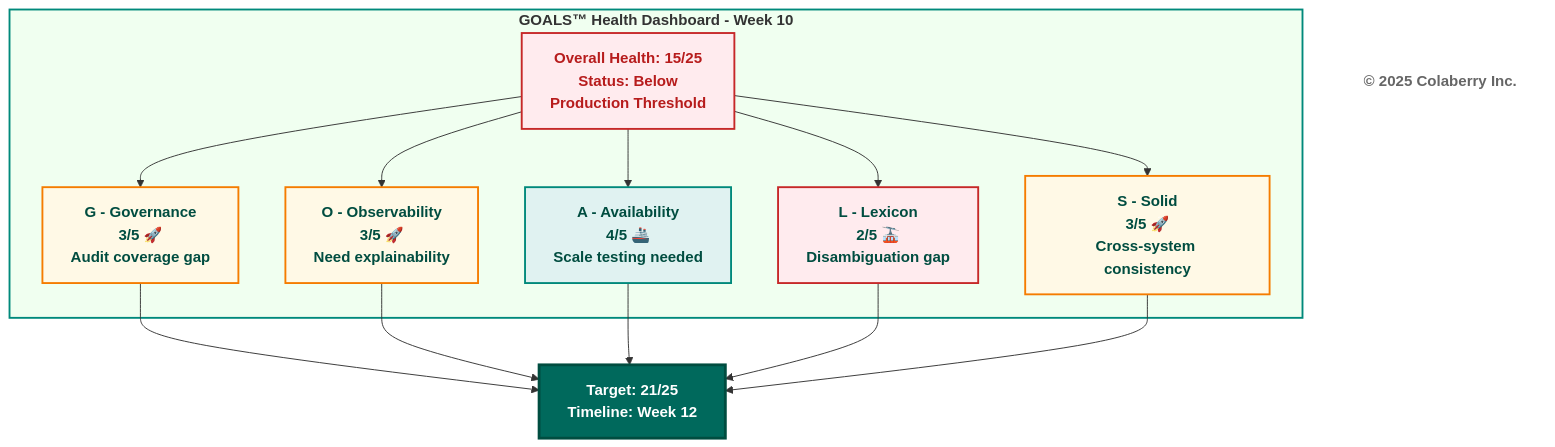
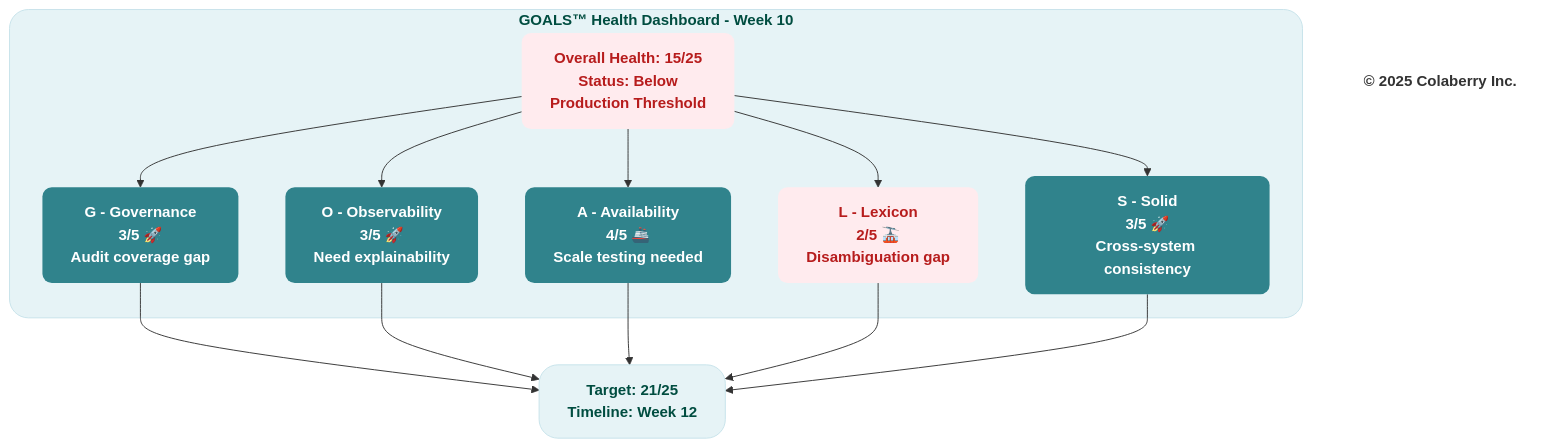
One commit to saitejesh-cyber/trust-before-intelligence-book changed the fourth of 14 diagrams in manuscript/08_chapter_7_goals_framework.md. Above: the diagram before and after it, drawn with Mermaid. The commit also changed other lines of this file and 7 other files, not shown here.

Commit message:
Chapter 6to13: Updated mermaid diagrams based on new colaberry color code

````diff
--- a/manuscript/08_chapter_7_goals_framework.md
+++ b/manuscript/08_chapter_7_goals_framework.md
@@ -364,38 +364,38 @@
 ```mermaid
 graph TB
     subgraph DASHBOARD["<b>GOALS™ Health Dashboard - Week 10</b>"]
         TITLE["<b>Overall Health: 15/25</b><br/><b>Status: Below <br/>Production Threshold</b>"]
         
         G["<b>G - Governance</b><br/><b>3/5 🚀</b><br/><b>Audit coverage gap</b>"]
         O["<b>O - Observability</b><br/><b>3/5 🚀</b><br/><b>Need explainability</b>"]
         A["<b>A - Availability</b><br/><b>4/5 🚢</b><br/><b>Scale testing needed</b>"]
         L["<b>L - Lexicon</b><br/><b>2/5 🚠</b><br/><b>Disambiguation gap</b>"]
         S["<b>S - Solid</b><br/><b>3/5 🚀</b><br/><b>Cross-system consistency</b>"]
     end
     
     TITLE --> G
     TITLE --> O
     TITLE --> A
     TITLE --> L
     TITLE --> S
     
     TARGET["<b>Target: 21/25</b><br/><b>Timeline: Week 12</b>"]
     
     G --> TARGET
     O --> TARGET
     A --> TARGET
     L --> TARGET
     S --> TARGET
     
-    style DASHBOARD fill:#f0fff0,stroke:#00897b,stroke-width:2px
-    style TITLE fill:#ffebee,stroke:#c62828,stroke-width:2px,color:#b71c1c
-    style G fill:#fff9e6,stroke:#f57c00,stroke-width:2px,color:#004d40
-    style O fill:#fff9e6,stroke:#f57c00,stroke-width:2px,color:#004d40
-    style A fill:#e0f2f1,stroke:#00897b,stroke-width:2px,color:#004d40
-    style L fill:#ffebee,stroke:#c62828,stroke-width:2px,color:#004d40
-    style S fill:#fff9e6,stroke:#f57c00,stroke-width:2px,color:#004d40
-    style TARGET fill:#00695c,color:#ffffff,stroke:#004d40,stroke-width:3px
+    style DASHBOARD fill:#e6f3f6,stroke:#c7e3ea,stroke-width:1px,color:#004d40,rx:20,ry:20
+    style TITLE fill:#ffebee,stroke:none,color:#b71c1c,rx:10,ry:10
+    style G fill:#30838C,stroke:none,color:#ffffff,rx:10,ry:10
+    style O fill:#30838C,stroke:none,color:#ffffff,rx:10,ry:10
+    style A fill:#30838C,stroke:none,color:#ffffff,rx:10,ry:10
+    style L fill:#ffebee,stroke:none,color:#b71c1c,rx:10,ry:10
+    style S fill:#30838C,stroke:none,color:#ffffff,rx:10,ry:10
+    style TARGET fill:#e6f3f6,stroke:#c7e3ea,stroke-width:1px,color:#004d40,rx:20,ry:20
     
     Copyright["<b>© 2025 Colaberry Inc.</b>"]
-    style Copyright fill:#ffffff,stroke:none,color:#666666
+    style Copyright fill:none,stroke:none,color:#333333
 ```
````
